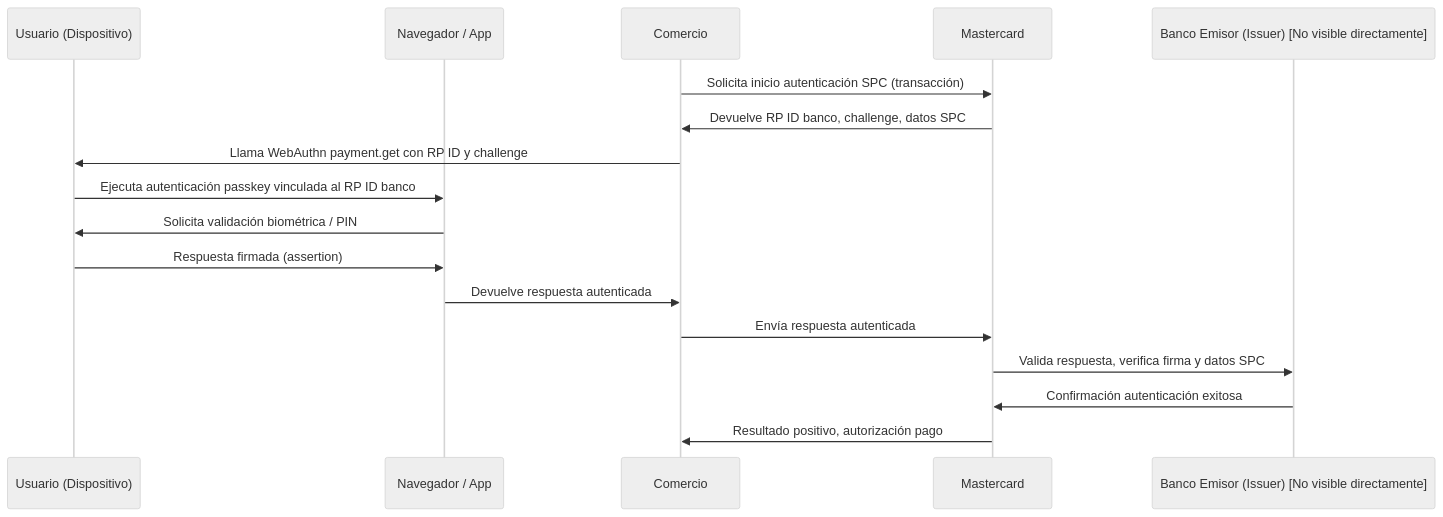
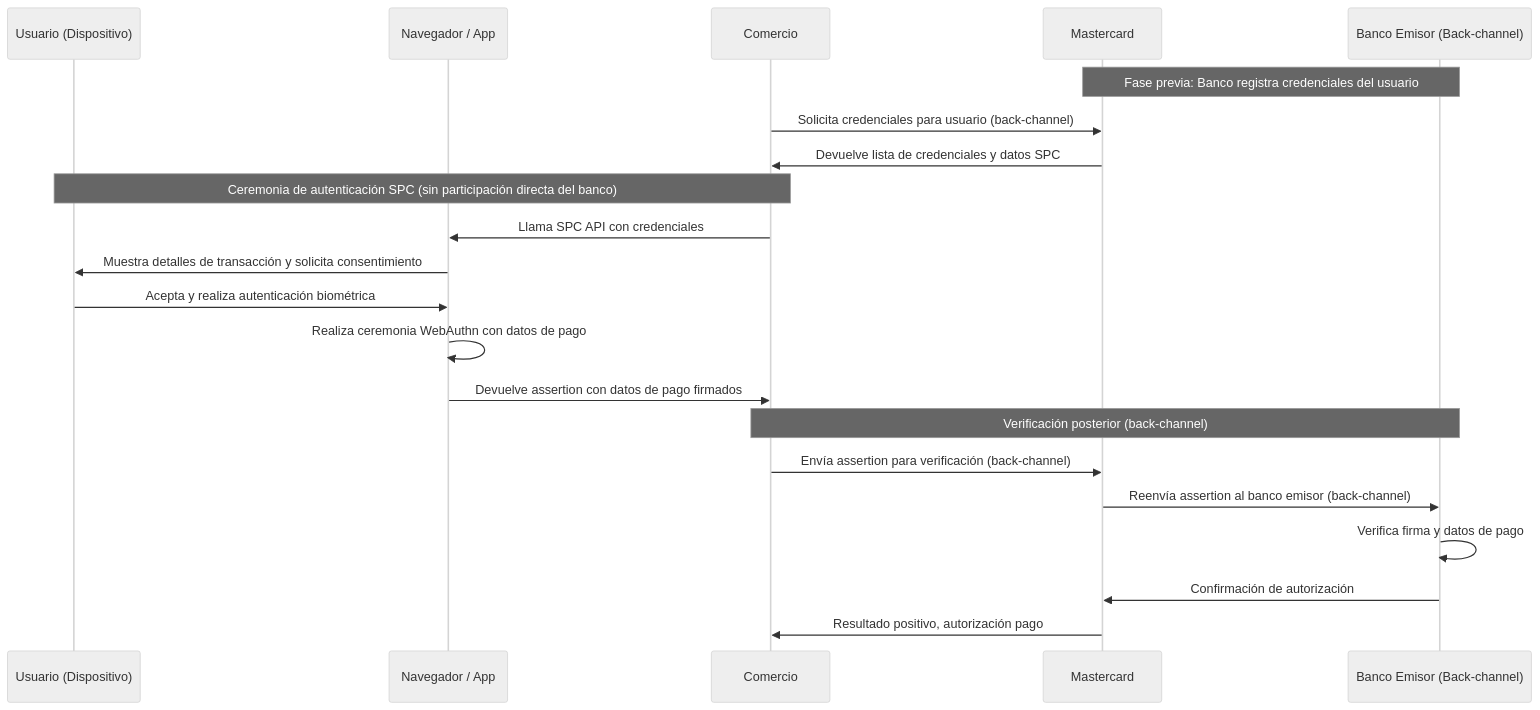
The second of 2 diagrams in openam-auth-trees/auth-nodes/SPC-IMPROVEMENTS.md (jordi-murgo/am-external), drawn with Mermaid (neutral theme) before and after one commit. The commit also changed other lines of this file, not shown here.

Commit message:
docs: clarify SPC authentication flow with back-channel verification and payment data

````diff
--- a/openam-auth-trees/auth-nodes/SPC-IMPROVEMENTS.md
+++ b/openam-auth-trees/auth-nodes/SPC-IMPROVEMENTS.md
@@ -263,20 +263,26 @@
 ```mermaid
 sequenceDiagram
     participant Usuario as Usuario (Dispositivo)
     participant Navegador as Navegador / App
     participant Comercio as Comercio
     participant Mastercard as Mastercard
-    participant Banco as Banco Emisor (Issuer) [No visible directamente]
+    participant Banco as Banco Emisor (Back-channel)
 
-    Comercio->>Mastercard: Solicita inicio autenticación SPC (transacción)
-    Mastercard->>Comercio: Devuelve RP ID banco, challenge, datos SPC
-    Comercio->>Usuario: Llama WebAuthn payment.get con RP ID y challenge
-    Usuario->>Navegador: Ejecuta autenticación passkey vinculada al RP ID banco
-    Navegador->>Usuario: Solicita validación biométrica / PIN
-    Usuario->>Navegador: Respuesta firmada (assertion)
-    Navegador->>Comercio: Devuelve respuesta autenticada
-    Comercio->>Mastercard: Envía respuesta autenticada
-    Mastercard->>Banco: Valida respuesta, verifica firma y datos SPC
-    Banco->>Mastercard: Confirmación autenticación exitosa
+    Note over Banco,Mastercard: Fase previa: Banco registra credenciales del usuario
+    Comercio->>Mastercard: Solicita credenciales para usuario (back-channel)
+    Mastercard->>Comercio: Devuelve lista de credenciales y datos SPC
+    
+    Note over Comercio,Usuario: Ceremonia de autenticación SPC (sin participación directa del banco)
+    Comercio->>Navegador: Llama SPC API con credenciales
+    Navegador->>Usuario: Muestra detalles de transacción y solicita consentimiento
+    Usuario->>Navegador: Acepta y realiza autenticación biométrica
+    Navegador->>Navegador: Realiza ceremonia WebAuthn con datos de pago
+    Navegador->>Comercio: Devuelve assertion con datos de pago firmados
+    
+    Note over Comercio,Banco: Verificación posterior (back-channel)
+    Comercio->>Mastercard: Envía assertion para verificación (back-channel)
+    Mastercard->>Banco: Reenvía assertion al banco emisor (back-channel)
+    Banco->>Banco: Verifica firma y datos de pago
+    Banco->>Mastercard: Confirmación de autorización
     Mastercard->>Comercio: Resultado positivo, autorización pago
 ```
````
